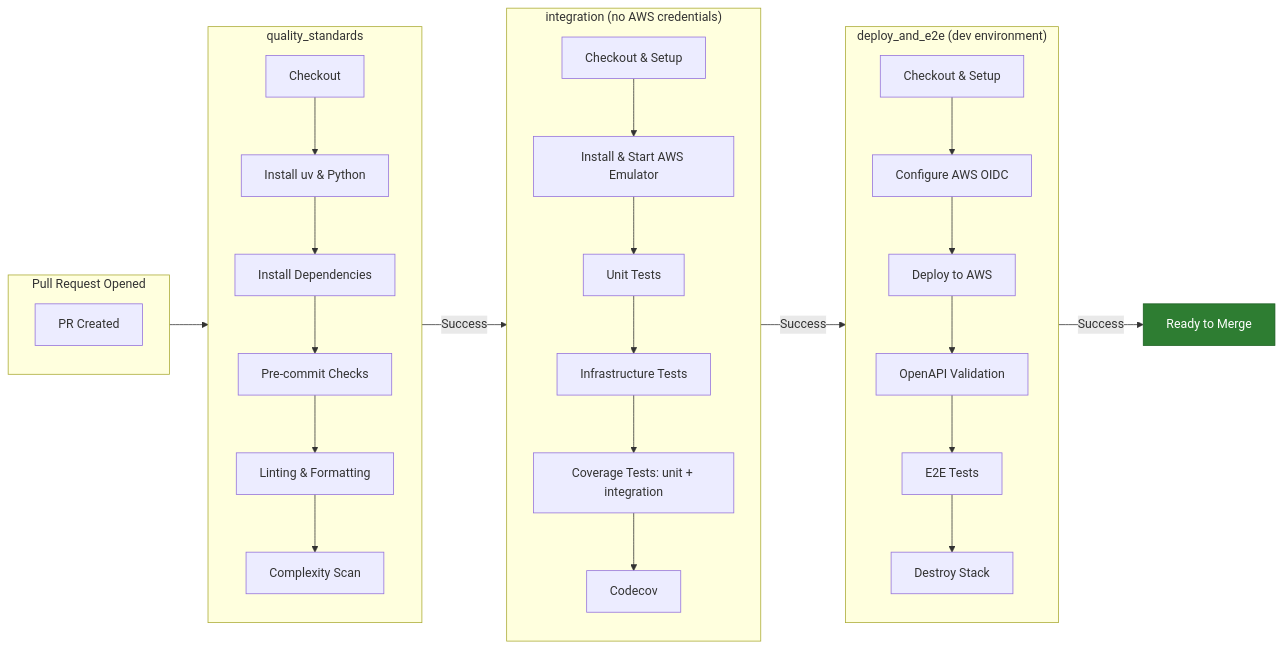
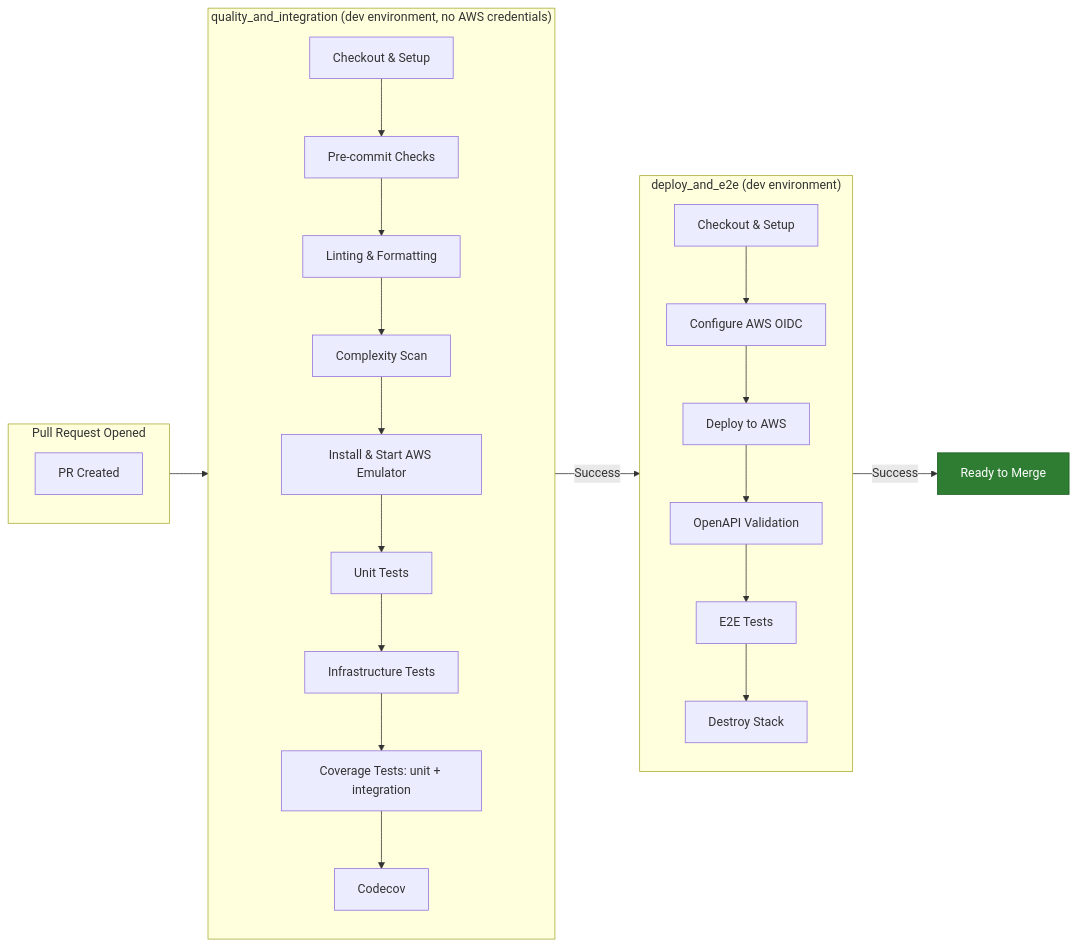
Before and after one commit to ran-isenberg/aws-lambda-handler-cookbook: the first of 2 diagrams in docs/pipeline.md, drawn with Mermaid. The commit also changed other lines of this file and 3 other files, not shown here.

First line of the commit message:
refactor: combine quality standards and integration into one PR job

````diff
--- a/docs/pipeline.md
+++ b/docs/pipeline.md
@@ -56,42 +56,35 @@
 ```mermaid
 flowchart LR
     subgraph PR["Pull Request Opened"]
         direction TB
         A[PR Created]
     end
 
-    subgraph QS["quality_standards"]
+    subgraph Integration["quality_and_integration (dev environment, no AWS credentials)"]
         direction TB
-        B1[Checkout] --> B2[Install uv & Python]
-        B2 --> B3[Install Dependencies]
-        B3 --> B4[Pre-commit Checks]
-        B4 --> B5[Linting & Formatting]
-        B5 --> B6[Complexity Scan]
-    end
-
-    subgraph Integration["integration (no AWS credentials)"]
-        direction TB
-        I1[Checkout & Setup] --> I2[Install & Start AWS Emulator]
+        I0[Checkout & Setup] --> Q1[Pre-commit Checks]
+        Q1 --> Q2[Linting & Formatting]
+        Q2 --> Q3[Complexity Scan]
+        Q3 --> I2[Install & Start AWS Emulator]
         I2 --> I3[Unit Tests]
         I3 --> I4[Infrastructure Tests]
         I4 --> I5[Coverage Tests: unit + integration]
         I5 --> I6[Codecov]
     end
 
     subgraph Tests["deploy_and_e2e (dev environment)"]
         direction TB
         C1[Checkout & Setup] --> C2[Configure AWS OIDC]
         C2 --> C3[Deploy to AWS]
         C3 --> C4[OpenAPI Validation]
         C4 --> C5[E2E Tests]
         C5 --> C6[Destroy Stack]
     end
 
-    PR --> QS
-    QS -->|Success| Integration
+    PR --> Integration
     Integration -->|Success| Tests
     Tests -->|Success| D[Ready to Merge]
 
     classDef success fill:#2E7D32,stroke:#1B5E20,color:#fff
     class D success
 ```
````
